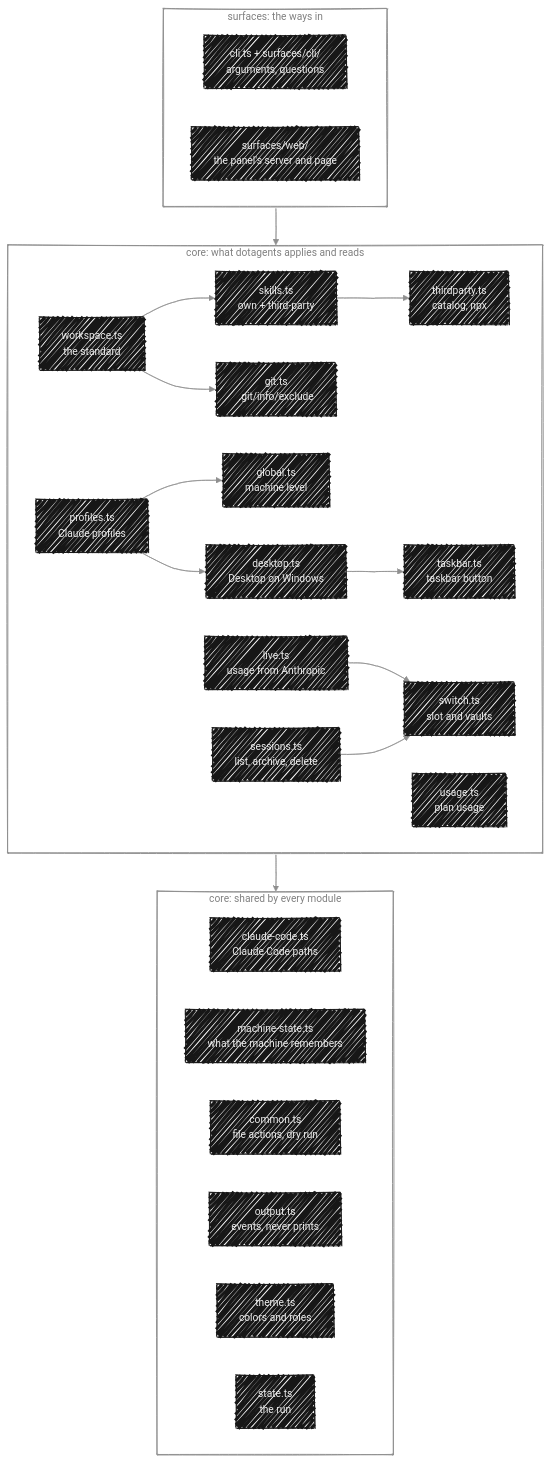
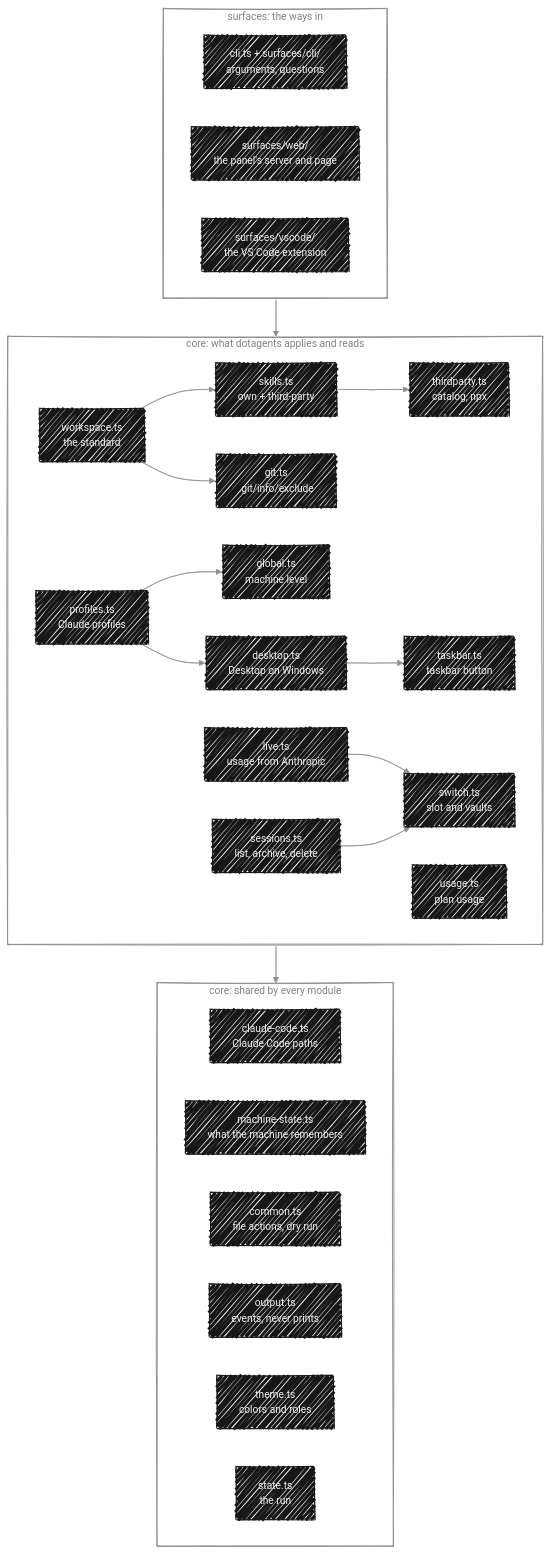
The diagram in docs/architecture.md (dotagents-org/dotagents-core), drawn with Mermaid before and after one commit. The commit also changed other lines of this file and 2 other files, not shown here.

Commit message:
📝 docs: describe the vs code extension and the panel

````diff
--- a/docs/architecture.md
+++ b/docs/architecture.md
@@ -36,32 +37,33 @@
 ```mermaid
 %%{init: {"look": "handDrawn", "handDrawnSeed": 3, "theme": "base", "themeVariables": {"fontFamily": "Geist Mono, ui-monospace, SFMono-Regular, Menlo, Consolas, monospace", "fontSize": "14px", "primaryColor": "#171717", "primaryTextColor": "#ededed", "primaryBorderColor": "#171717", "lineColor": "#8f8f8f", "textColor": "#171717", "edgeLabelBackground": "#ededed", "clusterBkg": "transparent", "clusterBorder": "#8f8f8f", "titleColor": "#808080"}}}%%
 flowchart TB
     subgraph surfaces["surfaces: the ways in"]
         direction LR
         cli["cli.ts + surfaces/cli/<br/>arguments, questions"]
         web["surfaces/web/<br/>the panel's server and page"]
+        vscode["surfaces/vscode/<br/>the VS Code extension"]
     end
 
     subgraph features["core: what dotagents applies and reads"]
         direction LR
         workspace["workspace.ts<br/>the standard"] --> skills["skills.ts<br/>own + third-party"] --> thirdparty["thirdparty.ts<br/>catalog, npx"]
         workspace --> git["git.ts<br/>.git/info/exclude"]
         profiles["profiles.ts<br/>Claude profiles"] --> global["global.ts<br/>machine level"]
         profiles --> desktop["desktop.ts<br/>Desktop on Windows"] --> taskbar["taskbar.ts<br/>taskbar button"]
         usage["usage.ts<br/>plan usage"]
         live["live.ts<br/>usage from Anthropic"] --> switch["switch.ts<br/>slot and vaults"]
         sessions["sessions.ts<br/>list, archive, delete"] --> switch
     end
 
     subgraph shared["core: shared by every module"]
         direction LR
         paths["claude-code.ts<br/>Claude Code paths"]
         memory["machine-state.ts<br/>what the machine remembers"]
         common["common.ts<br/>file actions, dry run"]
         output["output.ts<br/>events, never prints"]
         theme["theme.ts<br/>colors and roles"]
         run["state.ts<br/>the run"]
     end
 
     surfaces --> features --> shared
 ```
````
